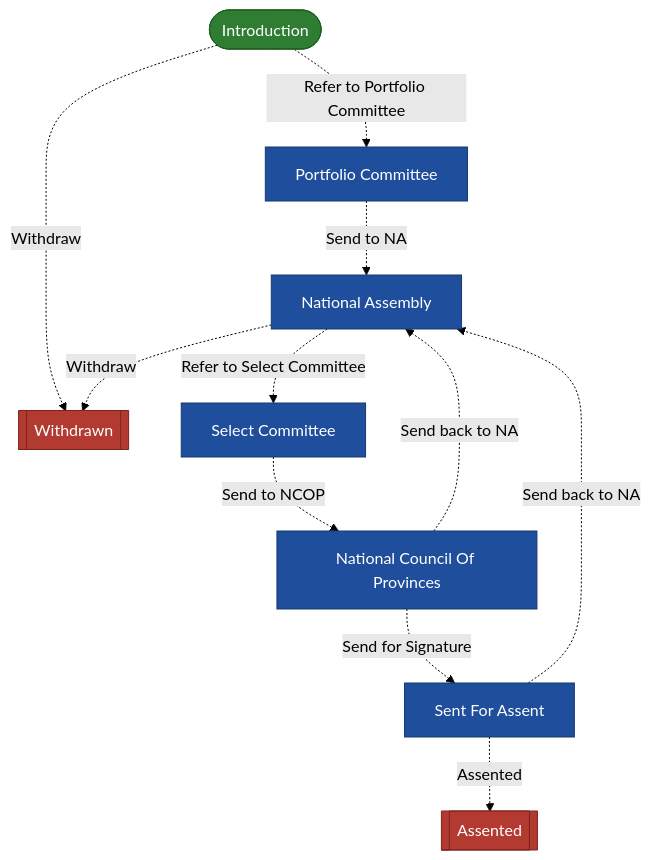
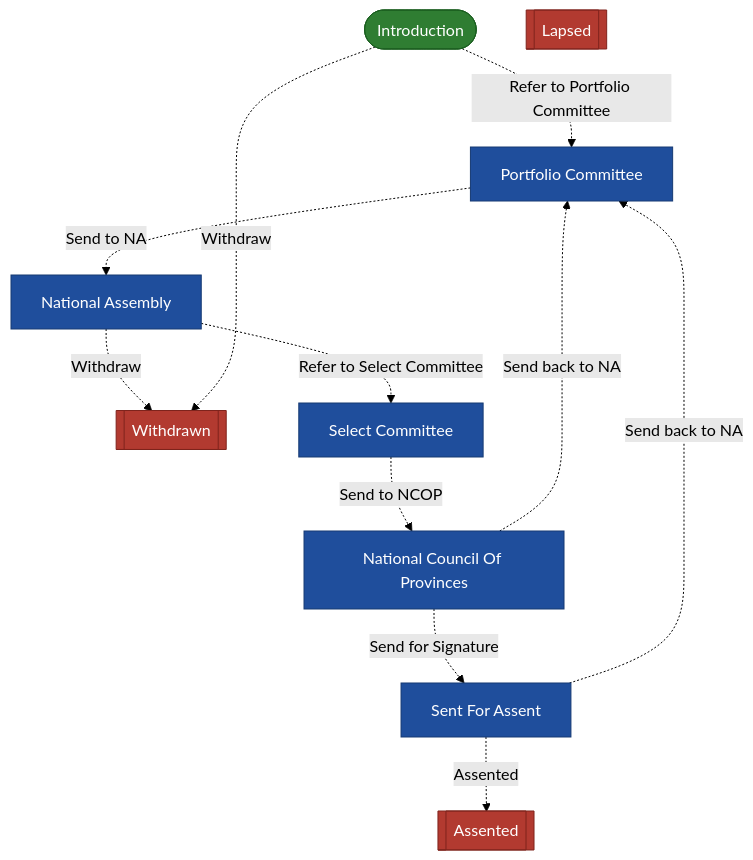
The diagram in src/pwms/docs/bill_workflow.md (gelie/pwms_project), drawn with Mermaid (forest theme) before and after one commit. The commit also changed 10 other files, not shown here.

First line of the commit message:
Regenerate workflow diagrams

````diff
--- a/src/pwms/docs/bill_workflow.md
+++ b/src/pwms/docs/bill_workflow.md
@@ -5,26 +5,27 @@
 ```mermaid
 %% Generated by `manage.py generate_diagrams`; do not edit by hand.
 %% Workflow: Bill
 flowchart TD
     classDef initial fill:#2F7D32,stroke:#1B5E20,color:#FFFFFF,stroke-width:1px
     classDef regular fill:#1F4E9C,stroke:#163A73,color:#FFFFFF,stroke-width:1px
     classDef terminal fill:#B23A30,stroke:#7F241D,color:#FFFFFF,stroke-width:1px
     s0(["Introduction"]):::initial
     s1["Portfolio Committee"]:::regular
     s2[["Withdrawn"]]:::terminal
     s3["National Assembly"]:::regular
     s4["Select Committee"]:::regular
     s5["National Council Of Provinces"]:::regular
     s6["Sent For Assent"]:::regular
     s7[["Assented"]]:::terminal
+    s8[["Lapsed"]]:::terminal
     s6 -.->|"Assented"| s7
     s0 -.->|"Refer to Portfolio Committee"| s1
     s3 -.->|"Refer to Select Committee"| s4
-    s5 -.->|"Send back to NA"| s3
-    s6 -.->|"Send back to NA"| s3
+    s6 -.->|"Send back to NA"| s1
+    s5 -.->|"Send back to NA"| s1
     s5 -.->|"Send for Signature"| s6
     s1 -.->|"Send to NA"| s3
     s4 -.->|"Send to NCOP"| s5
+    s3 -.->|"Withdraw"| s2
     s0 -.->|"Withdraw"| s2
-    s3 -.->|"Withdraw"| s2
 ```
````
